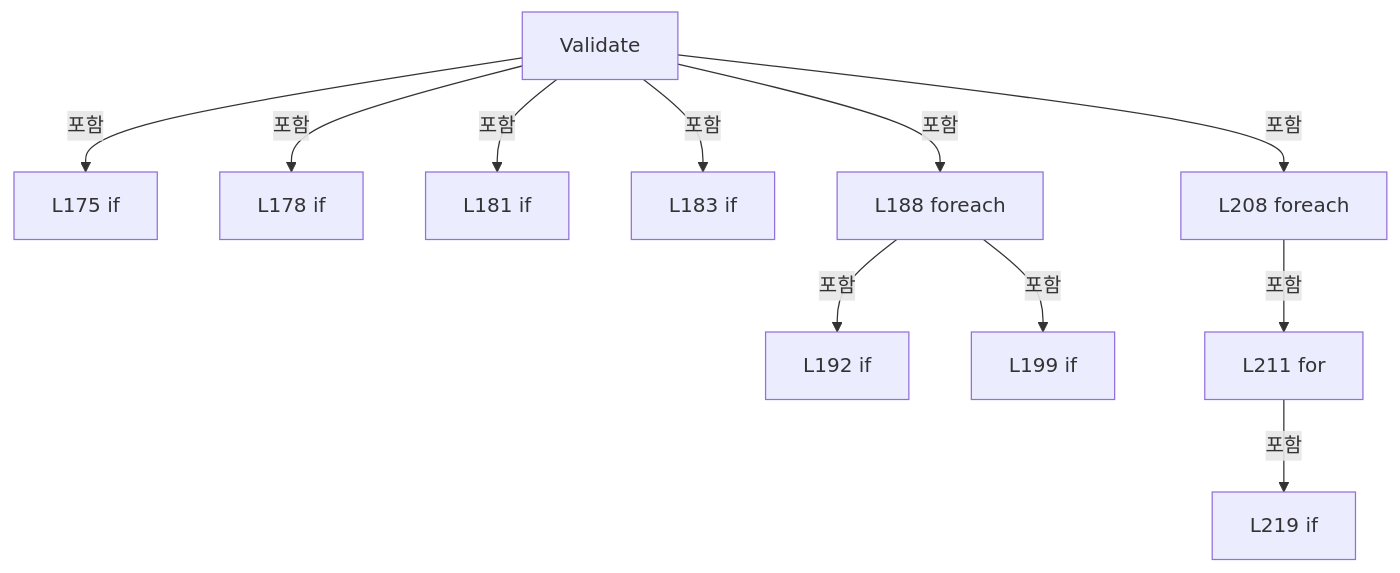
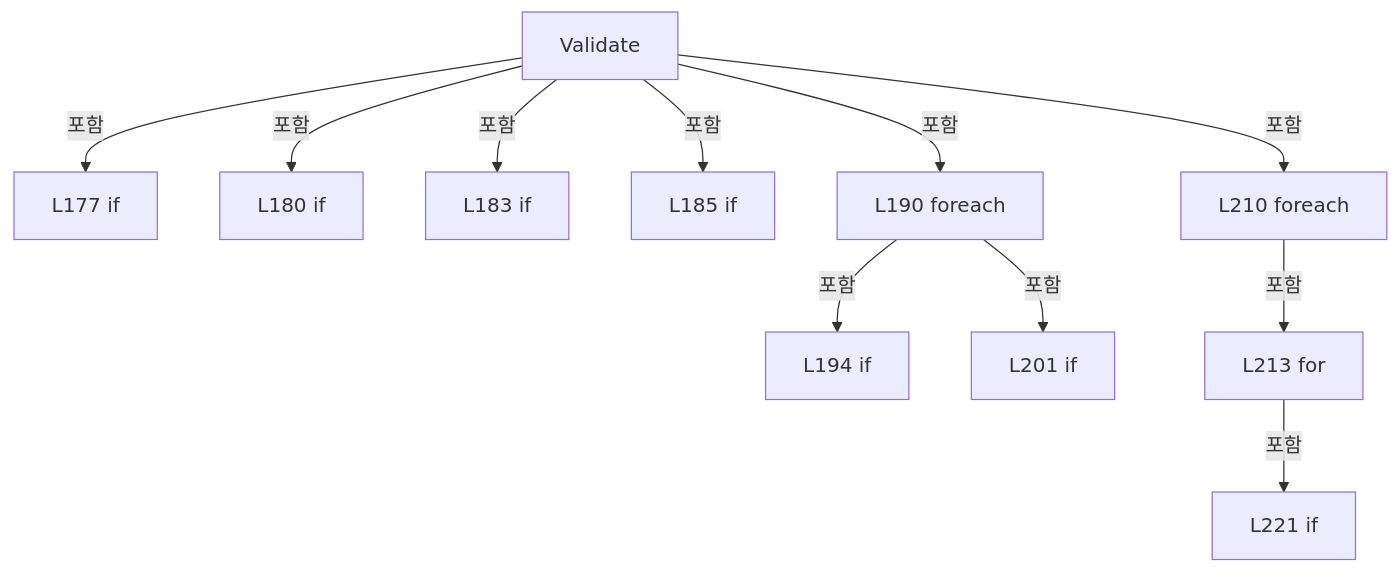
One commit to kjuws10-rgb/Shared changed the seventh of 9 diagrams in A3 LD Code Ref/files/Drilling.Common/Review/CZeroDefenceRecipePlan.cs.md. Above: the diagram before and after it, drawn with Mermaid. The commit also changed other lines of this file and 2071 other files, not shown here.

Commit message:
docs(a3): update 11.19.0 architecture and code reference

````diff
--- a/A3 LD Code Ref/files/Drilling.Common/Review/CZeroDefenceRecipePlan.cs.md
+++ b/A3 LD Code Ref/files/Drilling.Common/Review/CZeroDefenceRecipePlan.cs.md
@@ -1539,24 +1552,24 @@
 ```mermaid
 flowchart TD
  M["Validate"]
- N0["L175 if"]
+ N0["L177 if"]
  M -->|포함| N0
- N1["L178 if"]
+ N1["L180 if"]
  M -->|포함| N1
- N2["L181 if"]
+ N2["L183 if"]
  M -->|포함| N2
- N3["L183 if"]
+ N3["L185 if"]
  M -->|포함| N3
- N4["L188 foreach"]
+ N4["L190 foreach"]
  M -->|포함| N4
- N5["L192 if"]
+ N5["L194 if"]
  N4 -->|포함| N5
- N6["L199 if"]
+ N6["L201 if"]
  N4 -->|포함| N6
- N7["L208 foreach"]
+ N7["L210 foreach"]
  M -->|포함| N7
- N8["L211 for"]
+ N8["L213 for"]
  N7 -->|포함| N8
- N9["L219 if"]
+ N9["L221 if"]
  N8 -->|포함| N9
 ```
````
